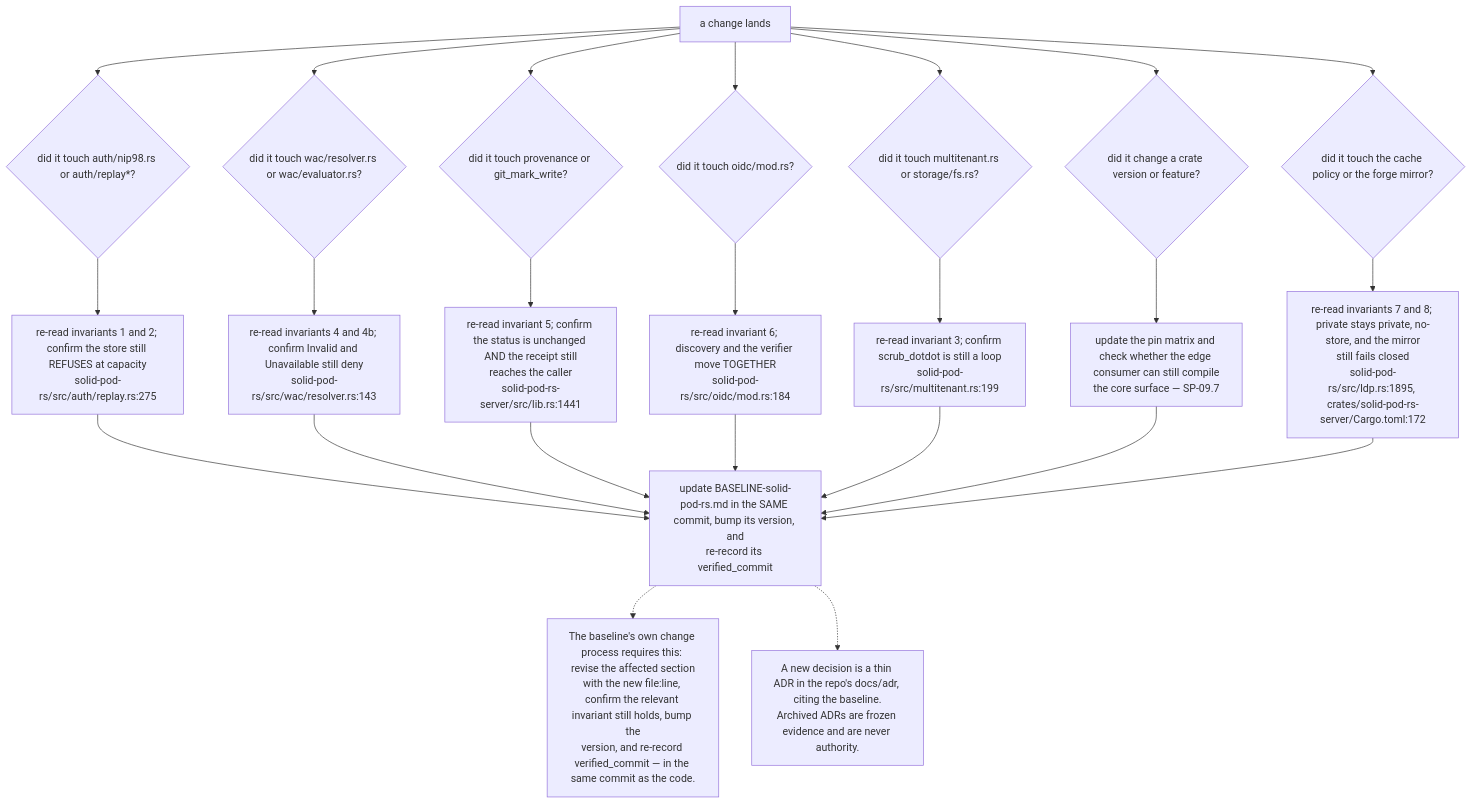
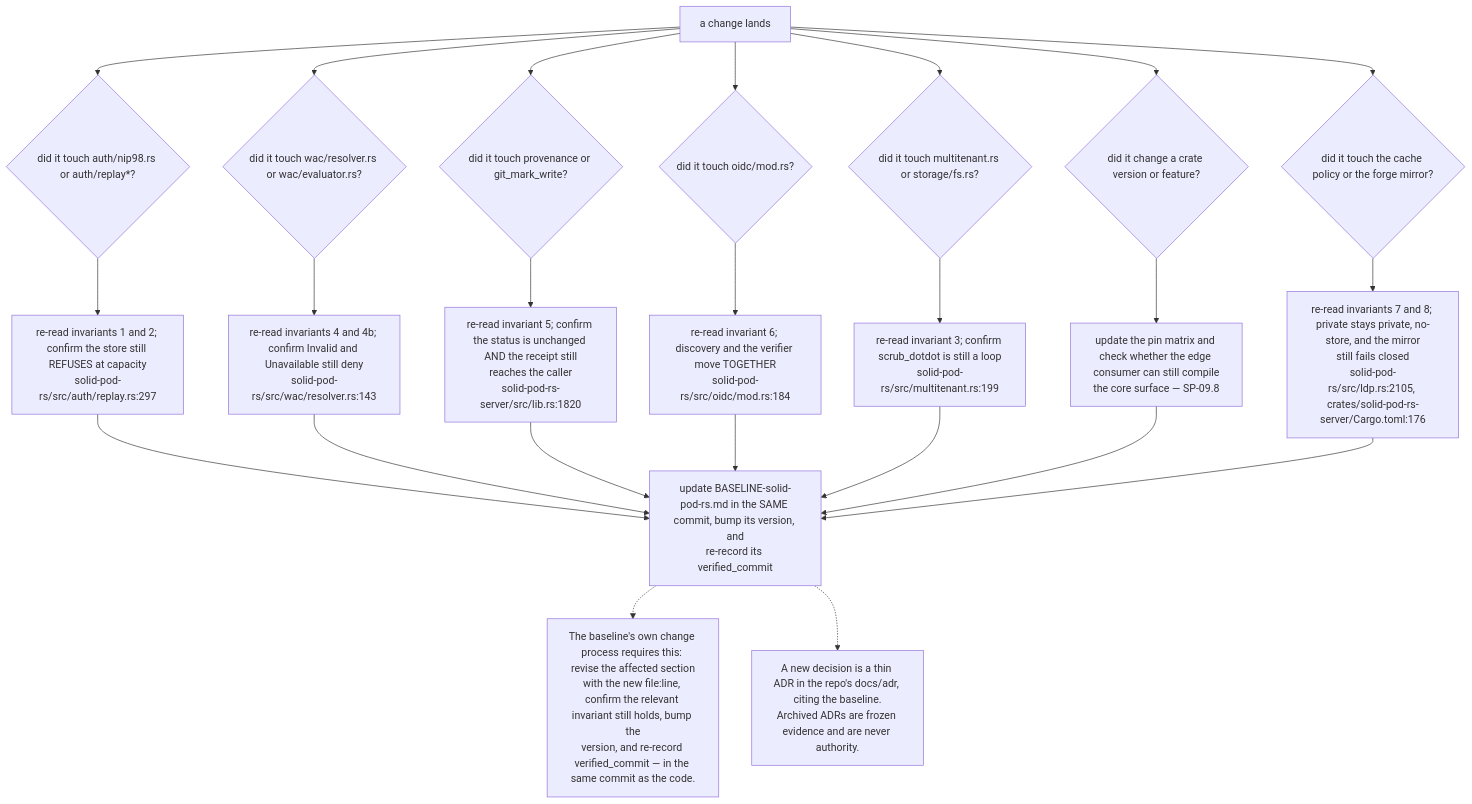
One commit to DreamLab-AI/VisionFlow changed diagram 11 of 13 in docs/diagrams/solid-pod-rs/10-failure-modes-and-invariants.md. Above: the diagram before and after it, drawn with Mermaid. The commit also changed other lines of this file and 2 other files, not shown here.

First line of the commit message:
docs(diagrams): SP-07, SP-10, SP-15 re-verified at solid-pod-rs a28a748

````diff
--- a/docs/diagrams/solid-pod-rs/10-failure-modes-and-invariants.md
+++ b/docs/diagrams/solid-pod-rs/10-failure-modes-and-invariants.md
@@ -334,33 +347,33 @@
 ```mermaid
 flowchart TD
     START["a change lands"]
     Q1{"did it touch auth/nip98.rs or auth/replay*?"}
     Q2{"did it touch wac/resolver.rs or wac/evaluator.rs?"}
     Q3{"did it touch provenance or git_mark_write?"}
     Q4{"did it touch oidc/mod.rs?"}
     Q5{"did it touch multitenant.rs or storage/fs.rs?"}
     Q6{"did it change a crate version or feature?"}
     Q7{"did it touch the cache policy or the forge mirror?"}
 
-    C1["re-read invariants 1 and 2; confirm the store still REFUSES at capacity<br/>solid-pod-rs/src/auth/replay.rs:275"]
+    C1["re-read invariants 1 and 2; confirm the store still REFUSES at capacity<br/>solid-pod-rs/src/auth/replay.rs:297"]
     C2["re-read invariants 4 and 4b; confirm Invalid and Unavailable still deny<br/>solid-pod-rs/src/wac/resolver.rs:143"]
-    C3["re-read invariant 5; confirm the status is unchanged AND the receipt still<br/>reaches the caller<br/>solid-pod-rs-server/src/lib.rs:1441"]
+    C3["re-read invariant 5; confirm the status is unchanged AND the receipt still<br/>reaches the caller<br/>solid-pod-rs-server/src/lib.rs:1820"]
     C4["re-read invariant 6; discovery and the verifier move TOGETHER<br/>solid-pod-rs/src/oidc/mod.rs:184"]
     C5["re-read invariant 3; confirm scrub_dotdot is still a loop<br/>solid-pod-rs/src/multitenant.rs:199"]
-    C6["update the pin matrix and check whether the edge consumer can still compile<br/>the core surface — SP-09.7"]
-    C7["re-read invariants 7 and 8; private stays private, no-store, and the mirror<br/>still fails closed<br/>solid-pod-rs/src/ldp.rs:1895, crates/solid-pod-rs-server/Cargo.toml:172"]
+    C6["update the pin matrix and check whether the edge consumer can still compile<br/>the core surface — SP-09.8"]
+    C7["re-read invariants 7 and 8; private stays private, no-store, and the mirror<br/>still fails closed<br/>solid-pod-rs/src/ldp.rs:2105, crates/solid-pod-rs-server/Cargo.toml:176"]
     BL["update BASELINE-solid-pod-rs.md in the SAME commit, bump its version, and<br/>re-record its verified_commit"]
 
     START --> Q1 --> C1 --> BL
     START --> Q2 --> C2 --> BL
     START --> Q3 --> C3 --> BL
     START --> Q4 --> C4 --> BL
     START --> Q5 --> C5 --> BL
     START --> Q6 --> C6 --> BL
     START --> Q7 --> C7 --> BL
 
     N["The baseline's own change process requires this: revise the affected section<br/>with the new file:line, confirm the relevant invariant still holds, bump the<br/>version, and re-record verified_commit — in the same commit as the code."]
     BL -.-> N
     N2["A new decision is a thin ADR in the repo's docs/adr, citing the baseline.<br/>Archived ADRs are frozen evidence and are never authority."]
     BL -.-> N2
 ```
````
